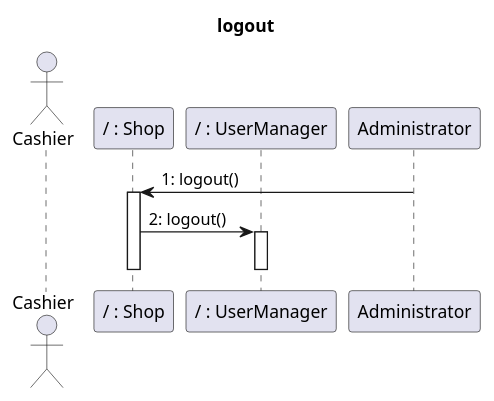
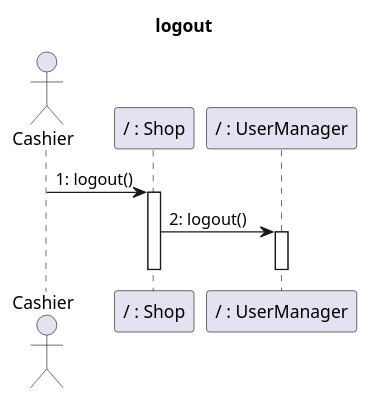
One commit to nicolabattaglino/ezshop changed diagram 17 of 32 in Deliverables/DesignDocument.md. Above: the diagram before and after it, drawn with PlantUML. The commit also changed other lines of this file, not shown here.

Commit message:
changes in seq. diagrams

````diff
--- a/Deliverables/DesignDocument.md
+++ b/Deliverables/DesignDocument.md
@@ -776,17 +775,17 @@
 ```plantuml
 @startuml
 title logout
 actor Cashier
 participant "/ : Shop" as Shop
 participant "/ : UserManager" as UserManager
 
-Administrator -> Shop: 1: logout()
+Cashier -> Shop: 1: logout()
 activate Shop
 Shop -> UserManager: 2: logout()
 activate UserManager
 deactivate UserManager
 deactivate Shop
 
 
 @enduml
 ```
````
